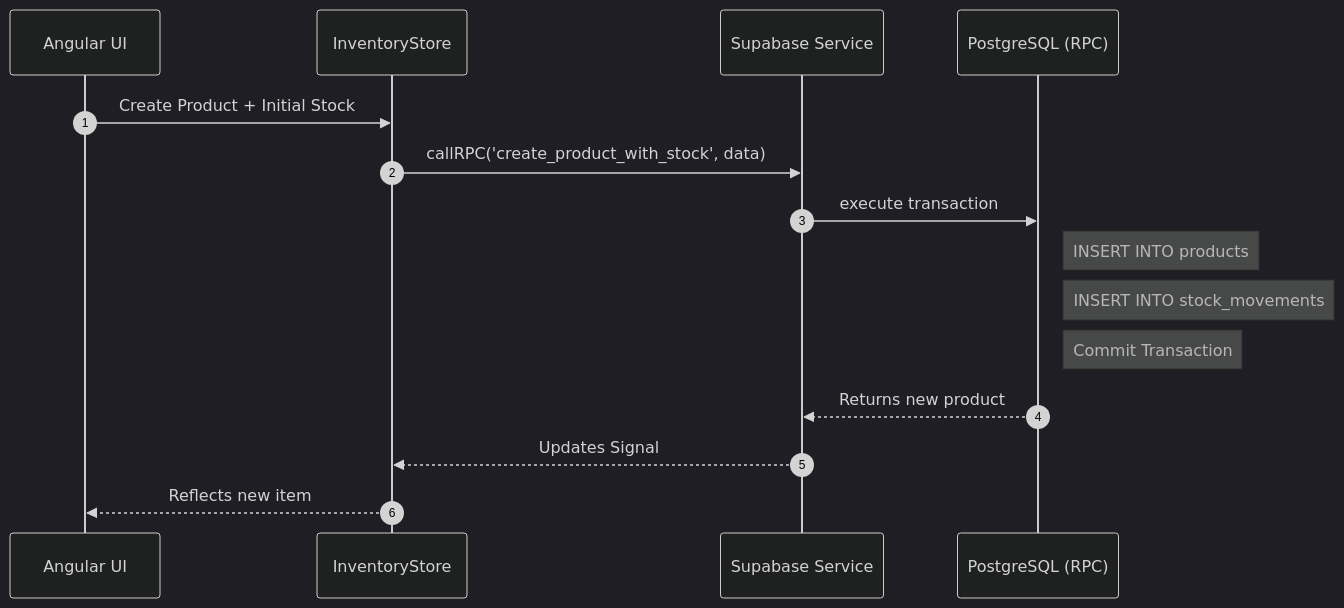
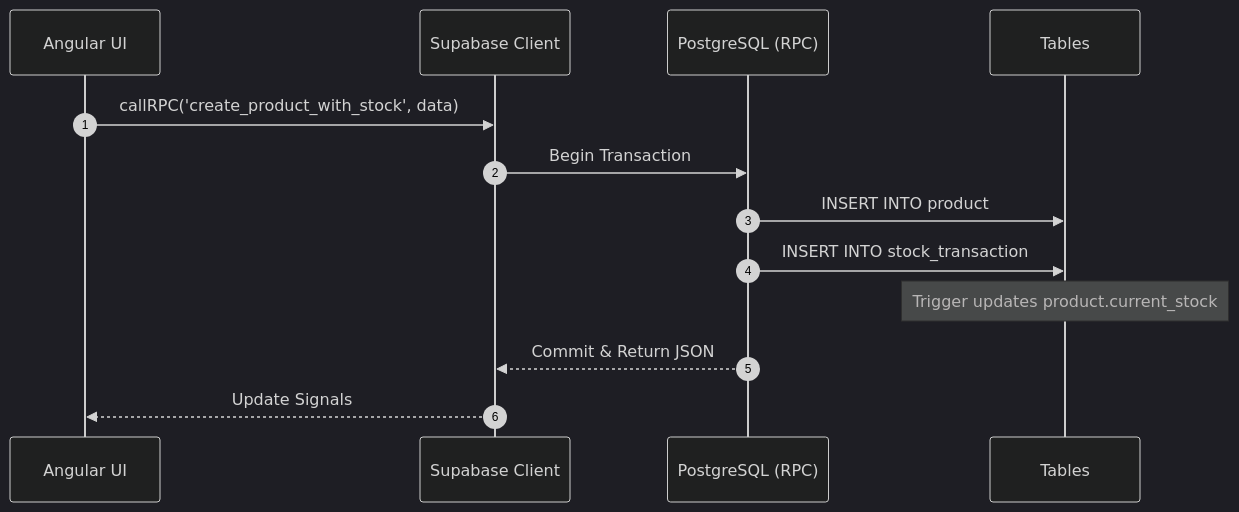
Before and after one commit to bbanho/intraclinica-supabase: the second of 2 diagrams in wiki-site/docs/core-architecture/database.md, drawn with Mermaid. The commit also changed other lines of this file and 13 other files, not shown here.

First line of the commit message:
docs(wiki): sync all docs to post-IAM architecture state

````diff
--- a/wiki-site/docs/core-architecture/database.md
+++ b/wiki-site/docs/core-architecture/database.md
@@ -57,19 +79,17 @@
 ```mermaid
 %%{init: {'theme': 'dark', 'themeVariables': { 'primaryColor': '#2d333b', 'primaryBorderColor': '#6d5dfc', 'primaryTextColor': '#e6edf3', 'lineColor': '#8b949e', 'background': '#161b22' }}}%%
 sequenceDiagram
     autonumber
     participant UI as Angular UI
-    participant Store as InventoryStore
-    participant API as Supabase Service
-    participant DB as PostgreSQL (RPC)
+    participant API as Supabase Client
+    participant RPC as PostgreSQL (RPC)
+    participant DB as Tables
 
-    UI->>Store: Create Product + Initial Stock
-    Store->>API: callRPC('create_product_with_stock', data)
-    API->>DB: execute transaction
-    Note right of DB: INSERT INTO products
-    Note right of DB: INSERT INTO stock_movements
-    Note right of DB: Commit Transaction
-    DB-->>API: Returns new product
-    API-->>Store: Updates Signal
-    Store-->>UI: Reflects new item
+    UI->>API: callRPC('create_product_with_stock', data)
+    API->>RPC: Begin Transaction
+    RPC->>DB: INSERT INTO product
+    RPC->>DB: INSERT INTO stock_transaction
+    Note over DB: Trigger updates product.current_stock
+    RPC-->>API: Commit & Return JSON
+    API-->>UI: Update Signals
 ```
````
